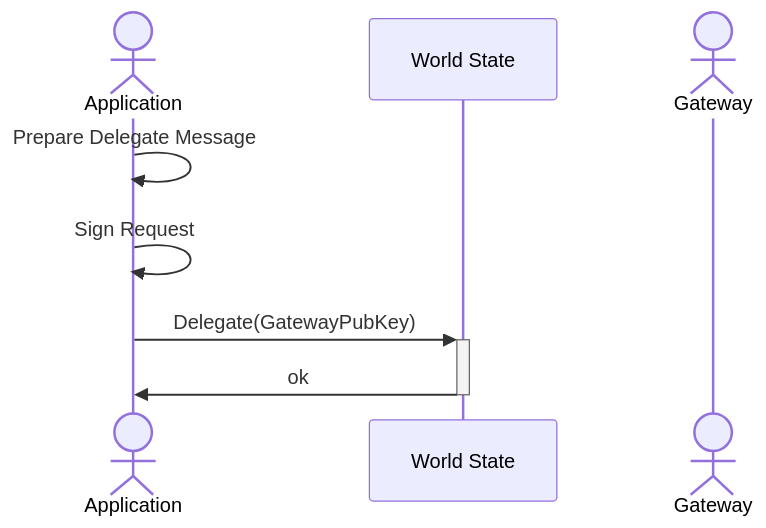
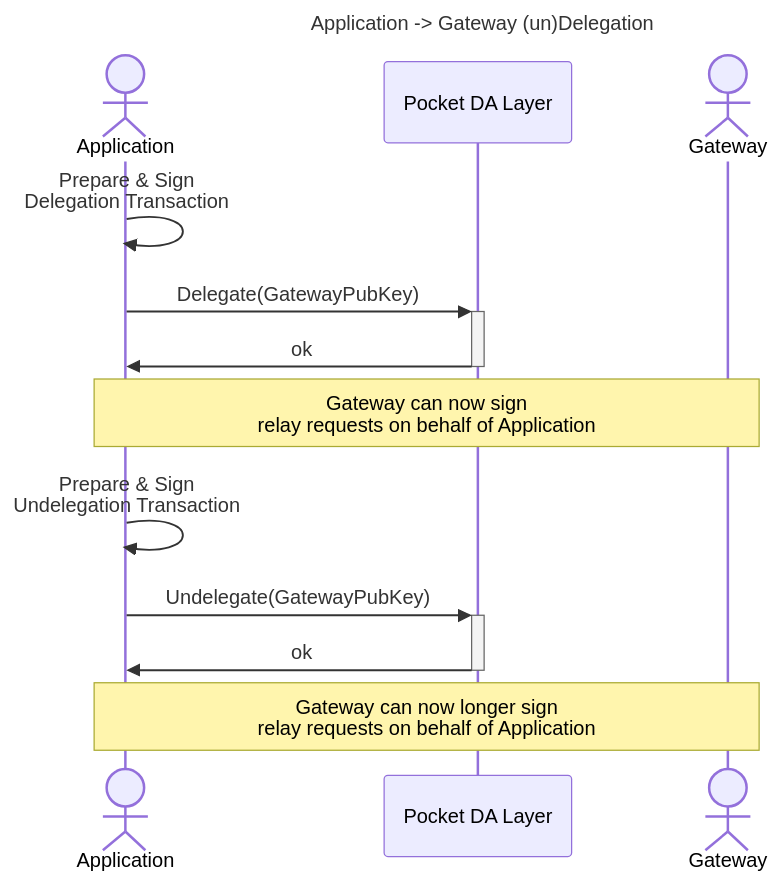
One commit to pokt-network/poktroll changed the fourth of 6 diagrams in docusaurus/docs/protocol/gateways.md. Above: the diagram before and after it, drawn with Mermaid. The commit also changed other lines of this file and 3 other files, not shown here.

````diff
--- a/docusaurus/docs/protocol/gateways.md
+++ b/docusaurus/docs/protocol/gateways.md
@@ -86,12 +186,17 @@
 ```mermaid
+---
+title: Application -> Gateway (un)Delegation
+---
 sequenceDiagram
     actor A as Application
-    participant WS as World State
+    participant DA as Pocket DA Layer
     actor G as Gateway
-
-    A ->> A: Prepare Delegate Message
-    A ->> A: Sign Request
-
-    A ->>+ WS: Delegate(GatewayPubKey)
-    WS ->>- A: ok
+    A ->> A: Prepare & Sign <br> Delegation Transaction
+    A ->>+ DA: Delegate(GatewayPubKey)
+    DA ->>- A: ok
+    note over A,G: Gateway can now sign <br>relay requests on behalf of Application
+    A ->> A: Prepare & Sign <br> Undelegation Transaction
+    A ->>+ DA: Undelegate(GatewayPubKey)
+    DA ->>- A: ok
+    note over A,G: Gateway can now longer sign <br>relay requests on behalf of Application
 ```
````
